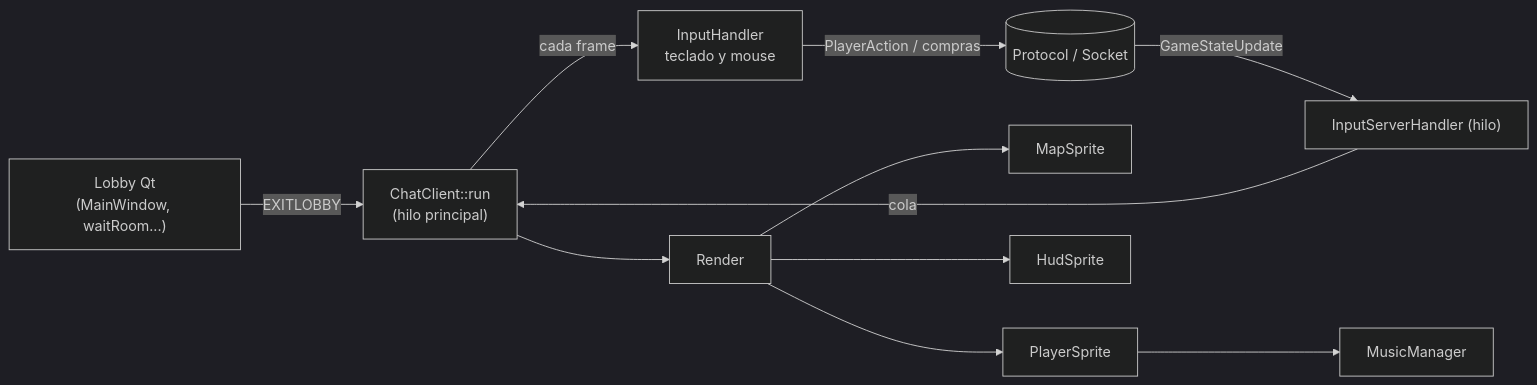
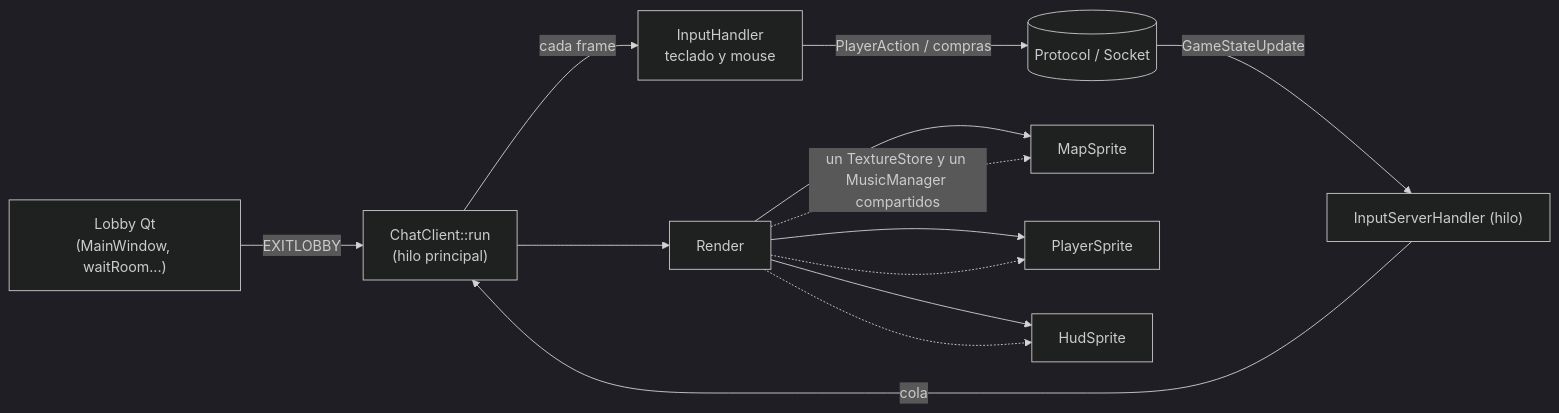
Before and after one commit to martinSaav/counter-strike-2D: the third of 4 diagrams in docs/documentacion_tecnica.md, drawn with Mermaid (dark theme). The commit also changed other lines of this file, not shown here.

````diff
--- a/docs/documentacion_tecnica.md
+++ b/docs/documentacion_tecnica.md
@@ -93,13 +95,15 @@
 ```mermaid
 flowchart LR
     Qt["Lobby Qt<br/>(MainWindow, waitRoom...)"] -->|"EXITLOBBY"| CC["ChatClient::run<br/>(hilo principal)"]
     CC -->|"cada frame"| IH["InputHandler<br/>teclado y mouse"]
     IH -->|"PlayerAction / compras"| P[(Protocol / Socket)]
     P -->|"GameStateUpdate"| ISH["InputServerHandler (hilo)"]
     ISH -->|"cola"| CC
     CC --> R["Render"]
     R --> MS[MapSprite]
     R --> PS[PlayerSprite]
     R --> HS[HudSprite]
-    PS --> MM[MusicManager]
+    R -. "un TextureStore y un MusicManager compartidos" .-> MS
+    R -.-> PS
+    R -.-> HS
 ```
````
